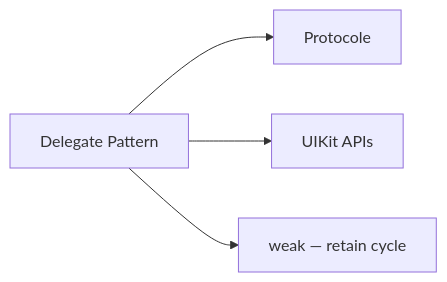
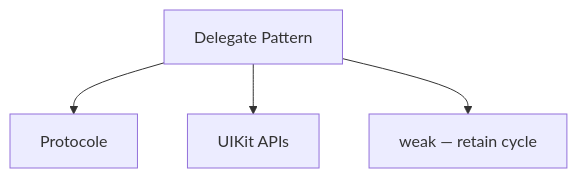
Diagram 13 of 45 in docs/glossaire/developpement-mobile.md (zyrass/omnydocs), drawn with Mermaid before and after one commit. The commit also changed other lines of this file and 959 other files, not shown here.

````diff
--- a/docs/glossaire/developpement-mobile.md
+++ b/docs/glossaire/developpement-mobile.md
@@ -401,6 +444,6 @@
-    ```mermaid
-    graph LR
-        A[Delegate Pattern] --> B[Protocole]
-        A --> C[UIKit APIs]
-        A --> D[weak — retain cycle]
-    ```
+```mermaid
+flowchart TB
+    A["Delegate Pattern"] --> B[Protocole]
+    A --> C["UIKit APIs"]
+    A --> D["weak — retain cycle"]
+```
````
